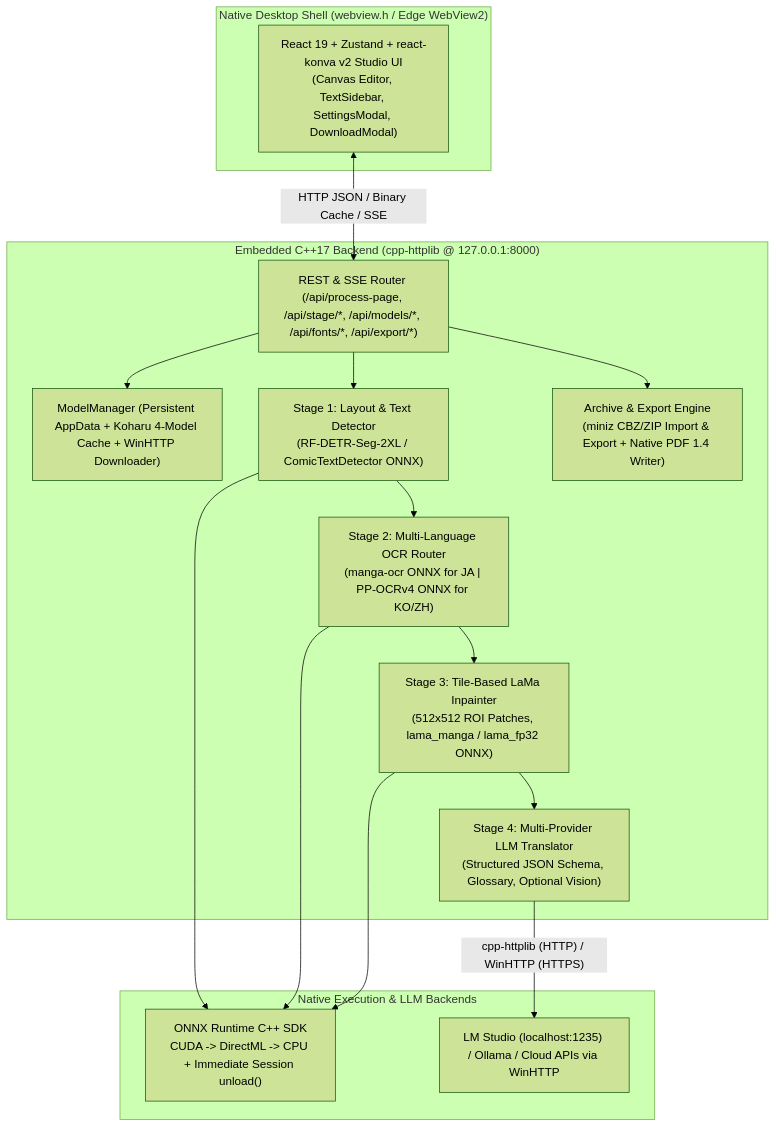
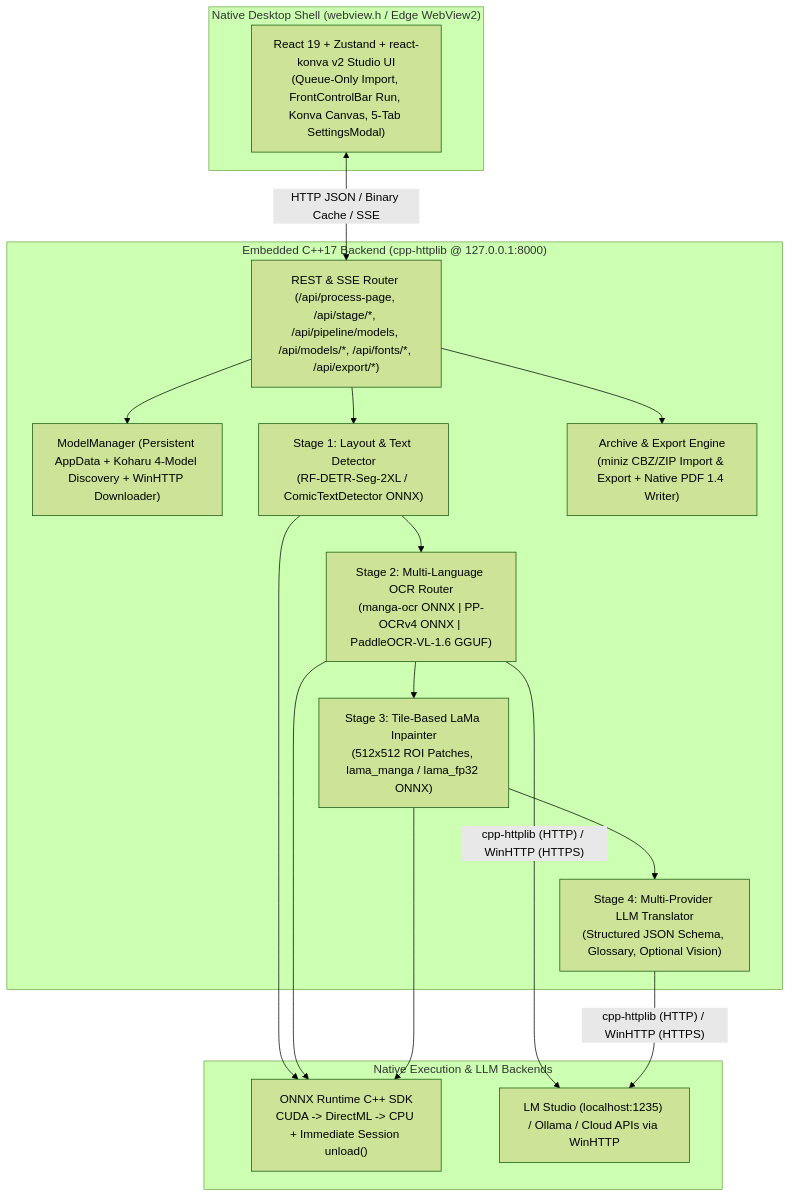
One commit to RakhaRazan/vellum-manga-translator changed the diagram in README.md. Above: the diagram before and after it, drawn with Mermaid (forest theme). The commit also changed other lines of this file and 77 other files, not shown here.

````diff
--- a/README.md
+++ b/README.md
@@ -68,28 +68,28 @@
 ```mermaid
 flowchart TB
     subgraph UI["Native Desktop Shell (webview.h / Edge WebView2)"]
-        REACT["React 19 + Zustand + react-konva v2 Studio UI<br/>(Canvas Editor, TextSidebar, SettingsModal, DownloadModal)"]
+        REACT["React 19 + Zustand + react-konva v2 Studio UI<br/>(Queue-Only Import, FrontControlBar Run, Konva Canvas, 5-Tab SettingsModal)"]
     end
 
     subgraph CPP["Embedded C++17 Backend (cpp-httplib @ 127.0.0.1:8000)"]
-        API["REST & SSE Router (/api/process-page, /api/stage/*, /api/models/*, /api/fonts/*, /api/export/*)"]
-        MM["ModelManager (Persistent AppData + Koharu 4-Model Cache + WinHTTP Downloader)"]
+        API["REST & SSE Router (/api/process-page, /api/stage/*, /api/pipeline/models, /api/models/*, /api/fonts/*, /api/export/*)"]
+        MM["ModelManager (Persistent AppData + Koharu 4-Model Discovery + WinHTTP Downloader)"]
         S1["Stage 1: Layout & Text Detector<br/>(RF-DETR-Seg-2XL / ComicTextDetector ONNX)"]
-        S2["Stage 2: Multi-Language OCR Router<br/>(manga-ocr ONNX for JA | PP-OCRv4 ONNX for KO/ZH)"]
+        S2["Stage 2: Multi-Language OCR Router<br/>(manga-ocr ONNX | PP-OCRv4 ONNX | PaddleOCR-VL-1.6 GGUF)"]
         S3["Stage 3: Tile-Based LaMa Inpainter<br/>(512x512 ROI Patches, lama_manga / lama_fp32 ONNX)"]
         S4["Stage 4: Multi-Provider LLM Translator<br/>(Structured JSON Schema, Glossary, Optional Vision)"]
         EX["Archive & Export Engine<br/>(miniz CBZ/ZIP Import & Export + Native PDF 1.4 Writer)"]
     end
 
     subgraph HW["Native Execution & LLM Backends"]
         ORT["ONNX Runtime C++ SDK<br/>CUDA -> DirectML -> CPU + Immediate Session unload()"]
         LLM["LM Studio (localhost:1235) / Ollama / Cloud APIs via WinHTTP"]
     end
 
     REACT <-->|"HTTP JSON / Binary Cache / SSE"| API
     API --> S1 --> S2 --> S3 --> S4
     API --> MM
     API --> EX
     S1 & S2 & S3 --> ORT
-    S4 -->|"cpp-httplib (HTTP) / WinHTTP (HTTPS)"| LLM
+    S2 & S4 -->|"cpp-httplib (HTTP) / WinHTTP (HTTPS)"| LLM
 ```
````
